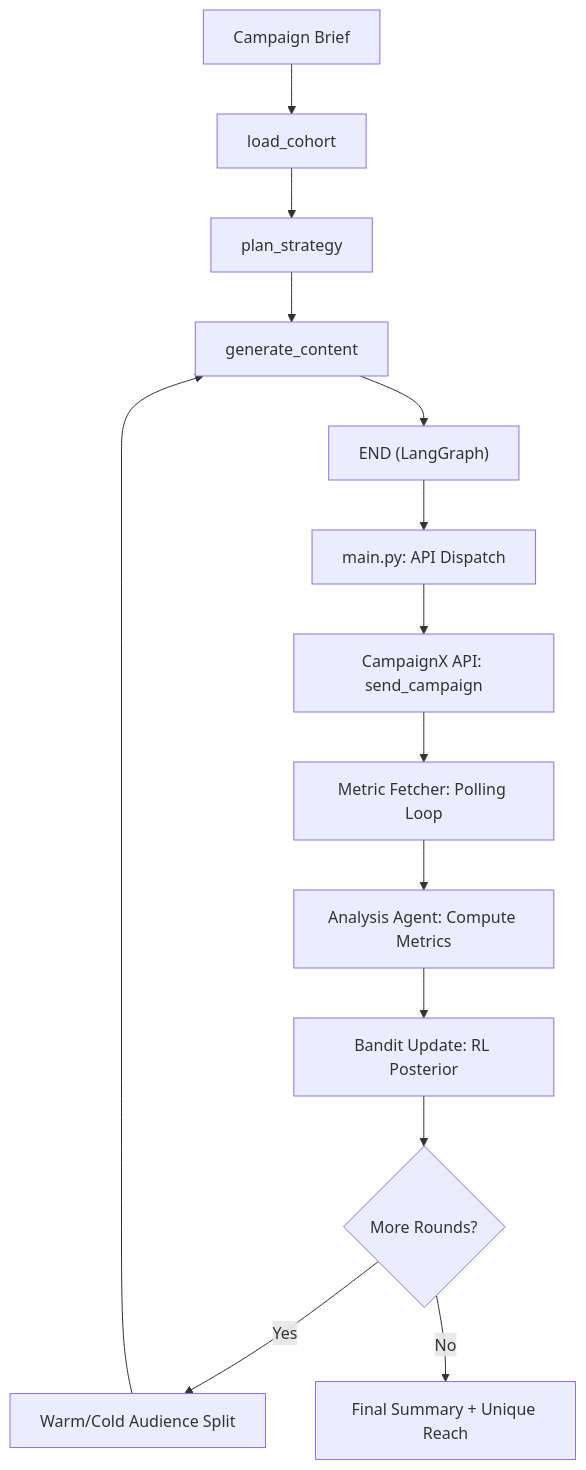
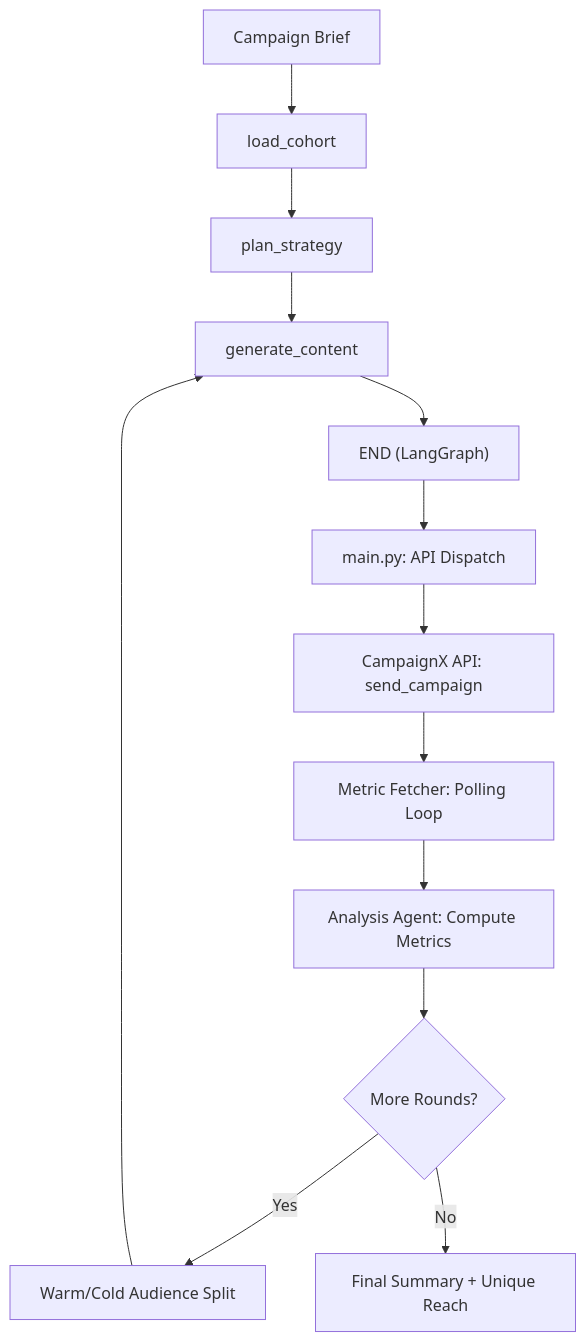
Before and after one commit to Kartavya728/AutoReach-AI: the first of 4 diagrams in agents/ARCHITECTURE.md, drawn with Mermaid. The commit also changed other lines of this file and 65 other files, not shown here.

````diff
--- a/agents/ARCHITECTURE.md
+++ b/agents/ARCHITECTURE.md
@@ -36,16 +35,15 @@
 ```mermaid
 graph TD
     A["Campaign Brief"] --> B["load_cohort"]
     B --> C["plan_strategy"]
     C --> D["generate_content"]
     D --> E["END (LangGraph)"]
     E --> F["main.py: API Dispatch"]
     F --> G["CampaignX API: send_campaign"]
     G --> H["Metric Fetcher: Polling Loop"]
     H --> I["Analysis Agent: Compute Metrics"]
-    I --> J["Bandit Update: RL Posterior"]
-    J --> K{"More Rounds?"}
-    K -- Yes --> L["Warm/Cold Audience Split"]
-    L --> D
-    K -- No --> M["Final Summary + Unique Reach"]
+    I --> J{"More Rounds?"}
+    J -- Yes --> K["Warm/Cold Audience Split"]
+    K --> D
+    J -- No --> L["Final Summary + Unique Reach"]
 ```
````
